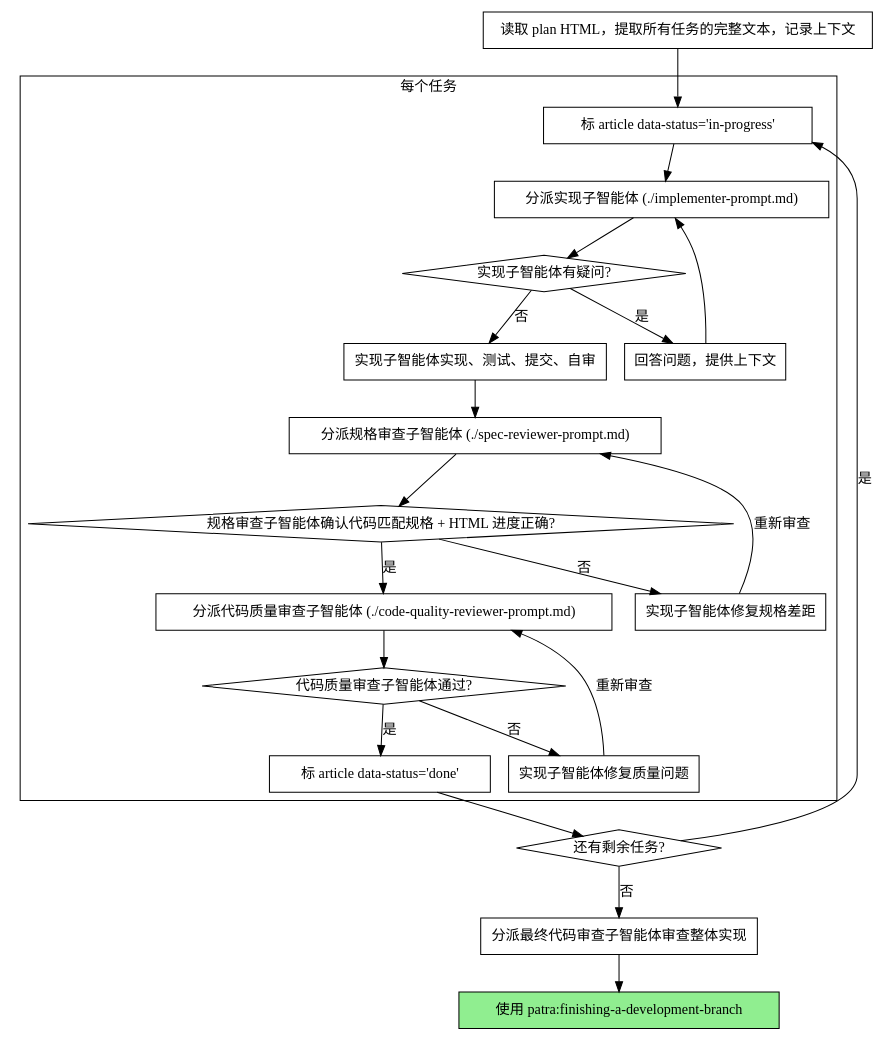
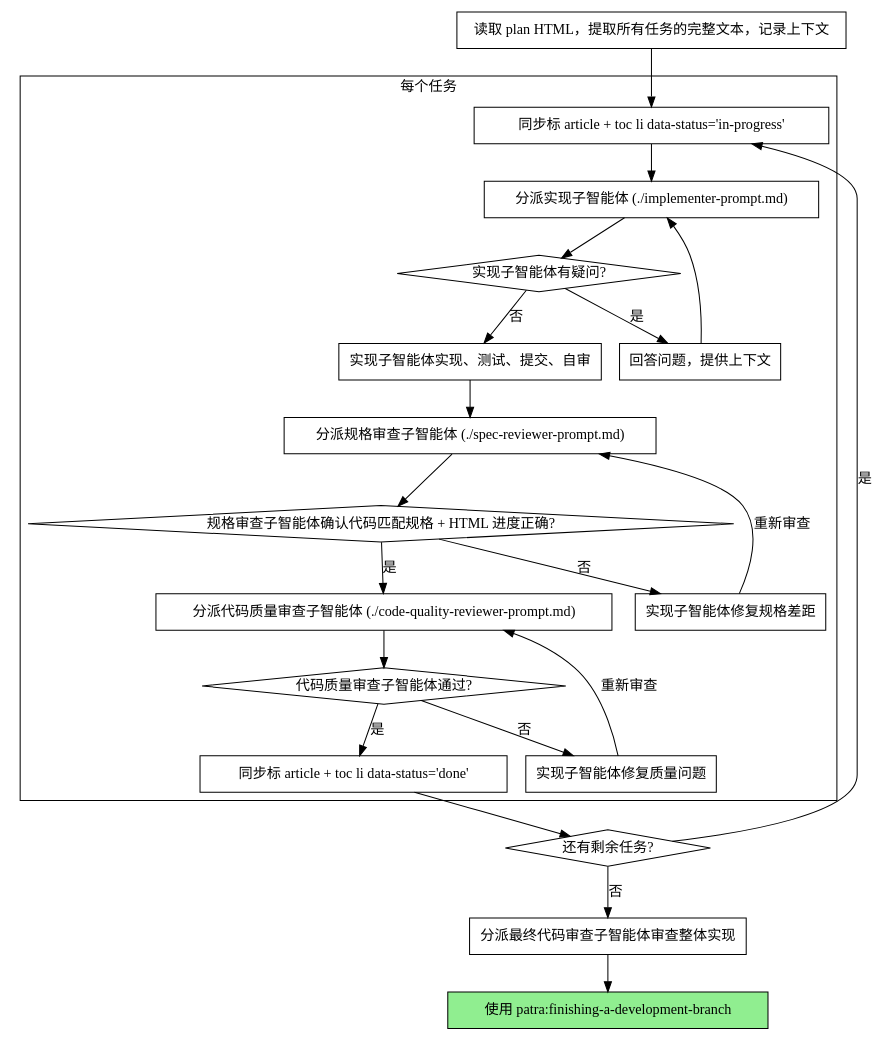
One commit to linqibin0826/patra changed the second of 2 diagrams in patra-api/.claude-marketplace/patra/skills/subagent-driven-development/SKILL.md. Above: the diagram before and after it, drawn with Graphviz. The commit also changed other lines of this file and 70 other files, not shown here.

````diff
--- a/patra-api/.claude-marketplace/patra/skills/subagent-driven-development/SKILL.md
+++ b/patra-api/.claude-marketplace/patra/skills/subagent-driven-development/SKILL.md
@@ -58,46 +105,46 @@
 ```dot
 digraph process {
     rankdir=TB;
 
     subgraph cluster_per_task {
         label="每个任务";
-        "标 article data-status='in-progress'" [shape=box];
+        "同步标 article + toc li data-status='in-progress'" [shape=box];
         "分派实现子智能体 (./implementer-prompt.md)" [shape=box];
         "实现子智能体有疑问?" [shape=diamond];
         "回答问题，提供上下文" [shape=box];
         "实现子智能体实现、测试、提交、自审" [shape=box];
         "分派规格审查子智能体 (./spec-reviewer-prompt.md)" [shape=box];
         "规格审查子智能体确认代码匹配规格 + HTML 进度正确?" [shape=diamond];
         "实现子智能体修复规格差距" [shape=box];
         "分派代码质量审查子智能体 (./code-quality-reviewer-prompt.md)" [shape=box];
         "代码质量审查子智能体通过?" [shape=diamond];
         "实现子智能体修复质量问题" [shape=box];
-        "标 article data-status='done'" [shape=box];
+        "同步标 article + toc li data-status='done'" [shape=box];
     }
 
     "读取 plan HTML，提取所有任务的完整文本，记录上下文" [shape=box];
     "还有剩余任务?" [shape=diamond];
     "分派最终代码审查子智能体审查整体实现" [shape=box];
     "使用 patra:finishing-a-development-branch" [shape=box style=filled fillcolor=lightgreen];
 
-    "读取 plan HTML，提取所有任务的完整文本，记录上下文" -> "标 article data-status='in-progress'";
-    "标 article data-status='in-progress'" -> "分派实现子智能体 (./implementer-prompt.md)";
+    "读取 plan HTML，提取所有任务的完整文本，记录上下文" -> "同步标 article + toc li data-status='in-progress'";
+    "同步标 article + toc li data-status='in-progress'" -> "分派实现子智能体 (./implementer-prompt.md)";
     "分派实现子智能体 (./implementer-prompt.md)" -> "实现子智能体有疑问?";
     "实现子智能体有疑问?" -> "回答问题，提供上下文" [label="是"];
     "回答问题，提供上下文" -> "分派实现子智能体 (./implementer-prompt.md)";
     "实现子智能体有疑问?" -> "实现子智能体实现、测试、提交、自审" [label="否"];
     "实现子智能体实现、测试、提交、自审" -> "分派规格审查子智能体 (./spec-reviewer-prompt.md)";
     "分派规格审查子智能体 (./spec-reviewer-prompt.md)" -> "规格审查子智能体确认代码匹配规格 + HTML 进度正确?";
     "规格审查子智能体确认代码匹配规格 + HTML 进度正确?" -> "实现子智能体修复规格差距" [label="否"];
     "实现子智能体修复规格差距" -> "分派规格审查子智能体 (./spec-reviewer-prompt.md)" [label="重新审查"];
     "规格审查子智能体确认代码匹配规格 + HTML 进度正确?" -> "分派代码质量审查子智能体 (./code-quality-reviewer-prompt.md)" [label="是"];
     "分派代码质量审查子智能体 (./code-quality-reviewer-prompt.md)" -> "代码质量审查子智能体通过?";
     "代码质量审查子智能体通过?" -> "实现子智能体修复质量问题" [label="否"];
     "实现子智能体修复质量问题" -> "分派代码质量审查子智能体 (./code-quality-reviewer-prompt.md)" [label="重新审查"];
-    "代码质量审查子智能体通过?" -> "标 article data-status='done'" [label="是"];
-    "标 article data-status='done'" -> "还有剩余任务?";
-    "还有剩余任务?" -> "标 article data-status='in-progress'" [label="是"];
+    "代码质量审查子智能体通过?" -> "同步标 article + toc li data-status='done'" [label="是"];
+    "同步标 article + toc li data-status='done'" -> "还有剩余任务?";
+    "还有剩余任务?" -> "同步标 article + toc li data-status='in-progress'" [label="是"];
     "还有剩余任务?" -> "分派最终代码审查子智能体审查整体实现" [label="否"];
     "分派最终代码审查子智能体审查整体实现" -> "使用 patra:finishing-a-development-branch";
 }
 ```
````
